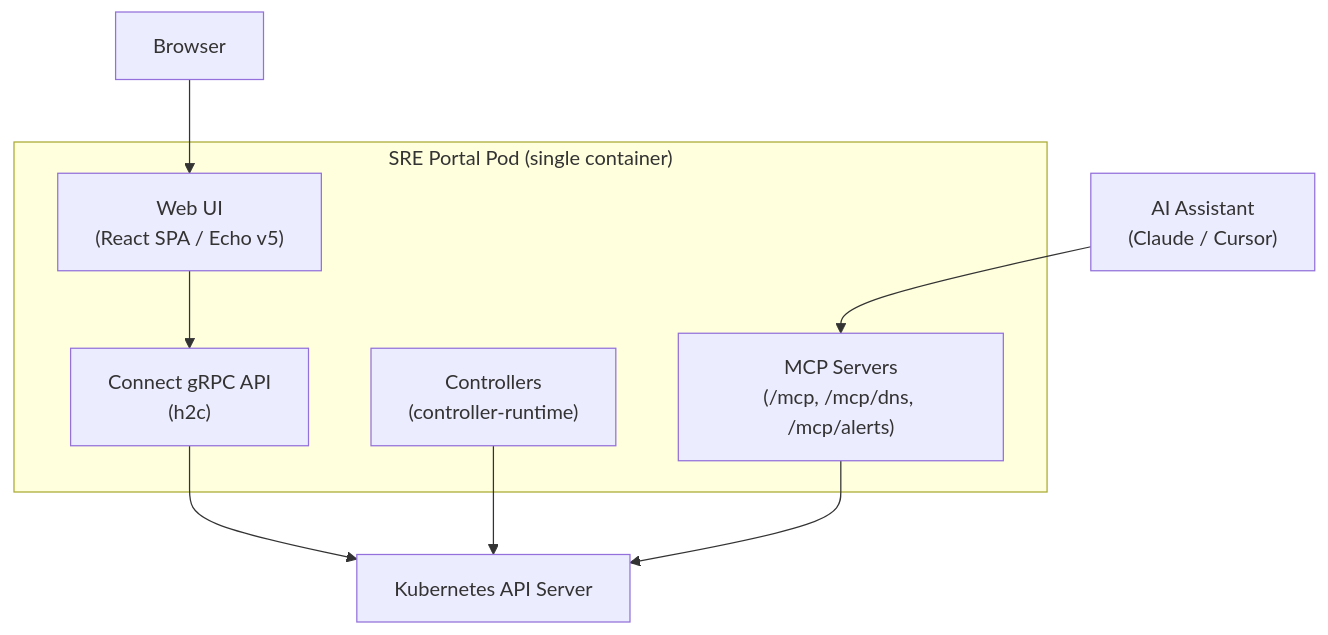
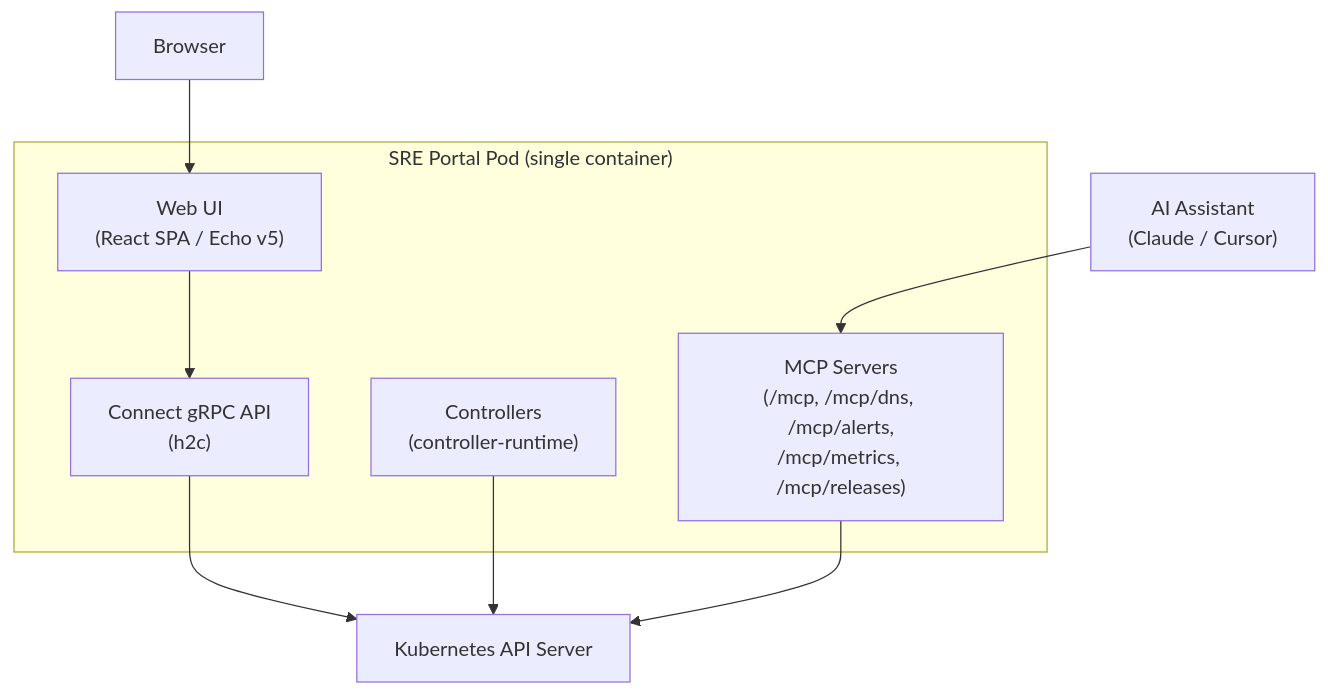
Before and after one commit to golgoth31/sreportal: the first of 3 diagrams in docs/content/docs/architecture.md, drawn with Mermaid. The commit also changed other lines of this file and 79 other files, not shown here.

````diff
--- a/docs/content/docs/architecture.md
+++ b/docs/content/docs/architecture.md
@@ -10,17 +10,17 @@
 ```mermaid
 graph TB
     Browser["Browser"] --> WebUI
     AIAssistant["AI Assistant\n(Claude / Cursor)"] --> MCP
 
     subgraph Pod["SRE Portal Pod (single container)"]
         Controllers["Controllers\n(controller-runtime)"]
         API["Connect gRPC API\n(h2c)"]
         WebUI["Web UI\n(React SPA / Echo v5)"]
-        MCP["MCP Servers\n(/mcp, /mcp/dns, /mcp/alerts)"]
+        MCP["MCP Servers\n(/mcp, /mcp/dns, /mcp/alerts,\n/mcp/metrics, /mcp/releases)"]
     end
 
     WebUI --> API
     API --> K8s["Kubernetes API Server"]
     Controllers --> K8s
     MCP --> K8s
 ```
````
